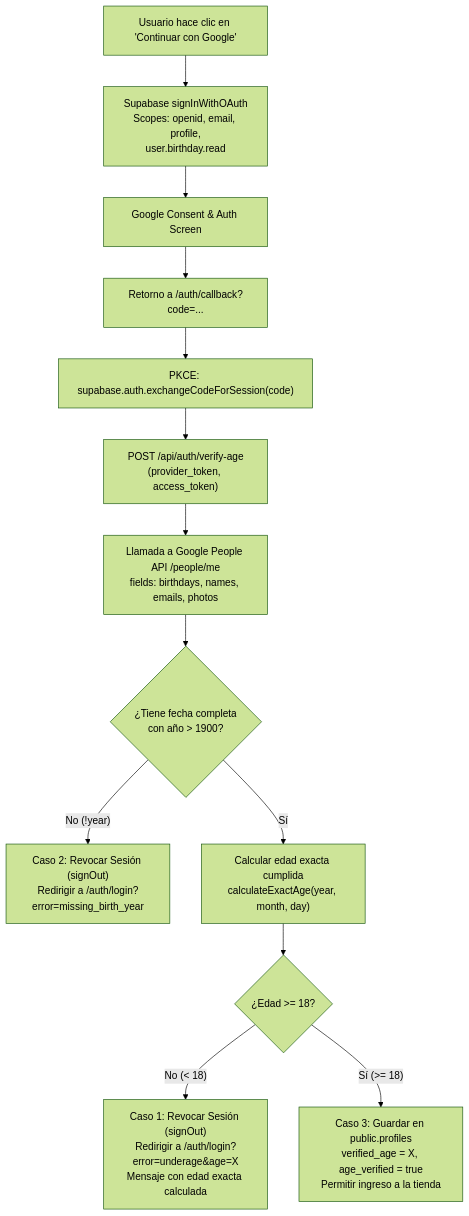
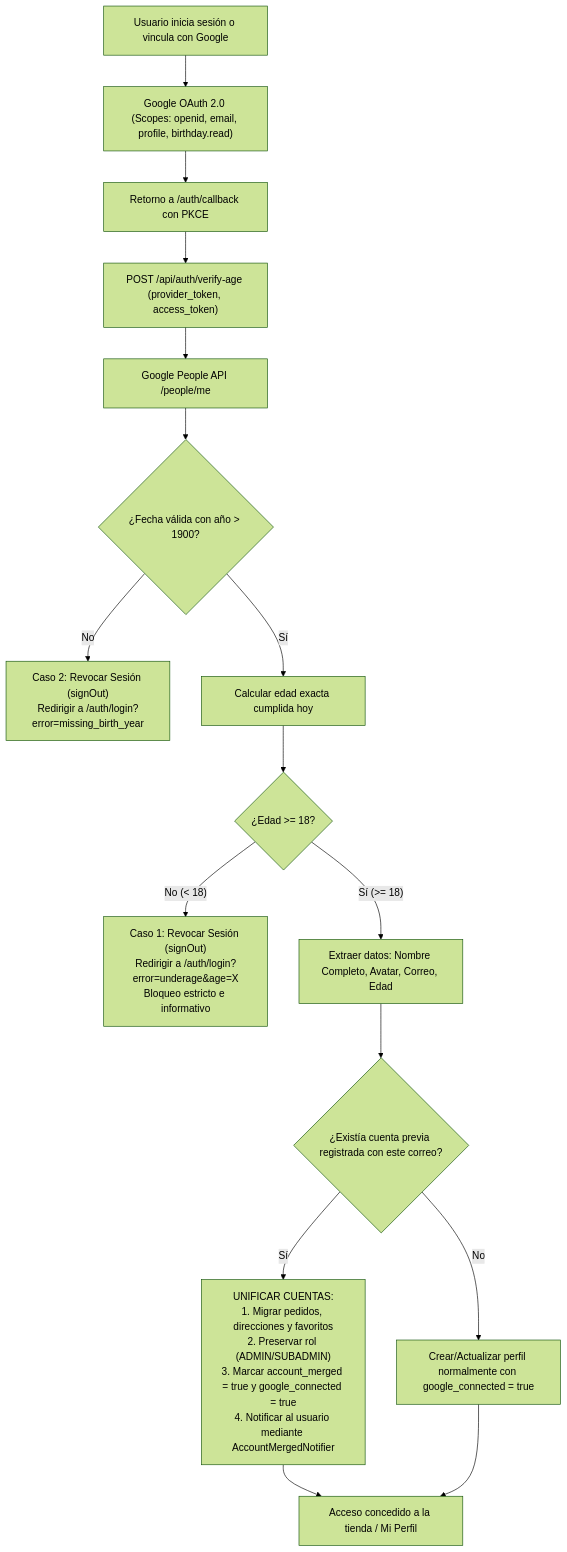
Before and after one commit to 3rick-pb/lumina_home: the diagram in GOOGLE_AUTH_18PLUS_SETUP.md, drawn with Mermaid (forest theme). The commit also changed other lines of this file and 7 other files, not shown here.

Commit message:
feat(auth): extract Google name/avatar, unify existing manual accounts and add Google linking in settings

````diff
--- a/GOOGLE_AUTH_18PLUS_SETUP.md
+++ b/GOOGLE_AUTH_18PLUS_SETUP.md
@@ -23,19 +27,25 @@
 ```mermaid
 flowchart TD
-    A["Usuario hace clic en 'Continuar con Google'"] --> B["Supabase signInWithOAuth\nScopes: openid, email, profile,\nuser.birthday.read"]
-    B --> C["Google Consent & Auth Screen"]
-    C --> D["Retorno a /auth/callback?code=..."]
-    D --> E["PKCE: supabase.auth.exchangeCodeForSession(code)"]
-    E --> F["POST /api/auth/verify-age\n(provider_token, access_token)"]
-    F --> G["Llamada a Google People API /people/me\nfields: birthdays, names, emails, photos"]
+    A["Usuario inicia sesión o vincula con Google"] --> B["Google OAuth 2.0 (Scopes: openid, email, profile, birthday.read)"]
+    B --> C["Retorno a /auth/callback con PKCE"]
+    C --> D["POST /api/auth/verify-age (provider_token, access_token)"]
+    D --> E["Google People API /people/me"]
     
-    G --> H{"¿Tiene fecha completa\ncon año > 1900?"}
-    H -- "No (!year)" --> I["Caso 2: Revocar Sesión (signOut)\nRedirigir a /auth/login?error=missing_birth_year"]
+    E --> F{"¿Fecha válida con año > 1900?"}
+    F -- "No" --> G["Caso 2: Revocar Sesión (signOut)\nRedirigir a /auth/login?error=missing_birth_year"]
     
-    H -- "Sí" --> J["Calcular edad exacta cumplida\ncalculateExactAge(year, month, day)"]
-    J --> K{"¿Edad >= 18?"}
+    F -- "Sí" --> H["Calcular edad exacta cumplida hoy"]
+    H --> I{"¿Edad >= 18?"}
     
-    K -- "No (< 18)" --> L["Caso 1: Revocar Sesión (signOut)\nRedirigir a /auth/login?error=underage&age=X\nMensaje con edad exacta calculada"]
+    I -- "No (< 18)" --> J["Caso 1: Revocar Sesión (signOut)\nRedirigir a /auth/login?error=underage&age=X\nBloqueo estricto e informativo"]
     
-    K -- "Sí (>= 18)" --> M["Caso 3: Guardar en public.profiles\nverified_age = X, age_verified = true\nPermitir ingreso a la tienda"]
+    I -- "Sí (>= 18)" --> K["Extraer datos: Nombre Completo, Avatar, Correo, Edad"]
+    K --> L{"¿Existía cuenta previa registrada con este correo?"}
+    
+    L -- "Sí" --> M["UNIFICAR CUENTAS:\n1. Migrar pedidos, direcciones y favoritos\n2. Preservar rol (ADMIN/SUBADMIN)\n3. Marcar account_merged = true y google_connected = true\n4. Notificar al usuario mediante AccountMergedNotifier"]
+    
+    L -- "No" --> N["Crear/Actualizar perfil normalmente con google_connected = true"]
+    
+    M --> O["Acceso concedido a la tienda / Mi Perfil"]
+    N --> O
 ```
````
